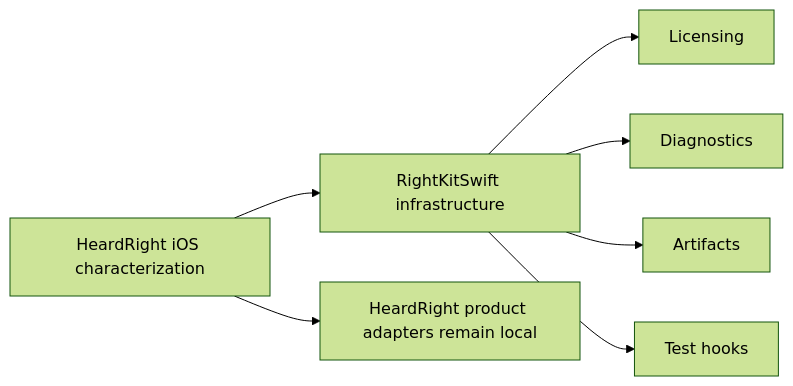
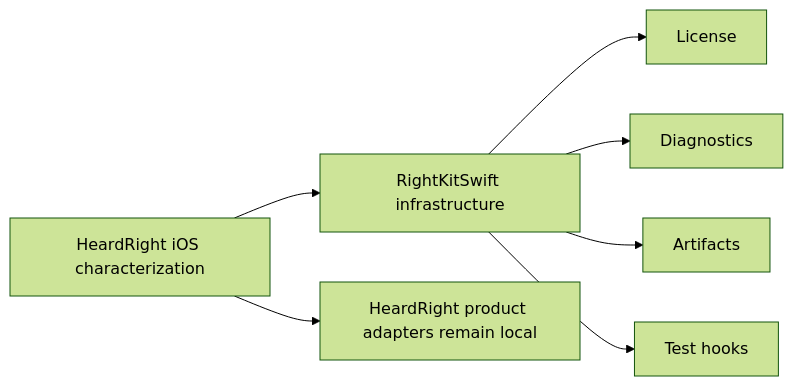
One commit to bogusyogi/rightkit changed the diagram in swift/README.md. Above: the diagram before and after it, drawn with Mermaid (forest theme). The commit also changed other lines of this file and 147 other files, not shown here.

````diff
--- a/swift/README.md
+++ b/swift/README.md
@@ -11,9 +14,9 @@
 ```mermaid
 flowchart LR
   HR["HeardRight iOS characterization"] --> RK["RightKitSwift infrastructure"]
-  RK --> LIC["Licensing"]
+  RK --> LIC["License"]
   RK --> DIA["Diagnostics"]
   RK --> ART["Artifacts"]
   RK --> QA["Test hooks"]
   HR --> LOCAL["HeardRight product adapters remain local"]
 ```
````
